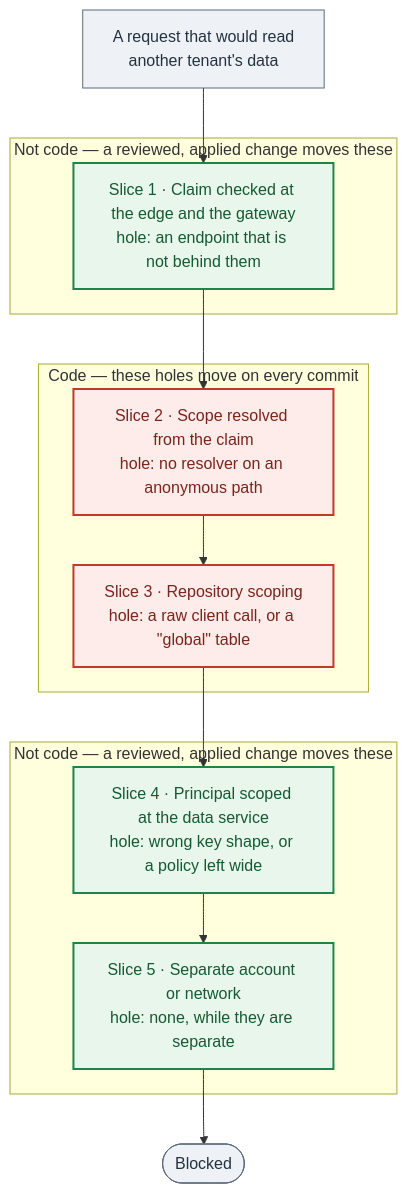
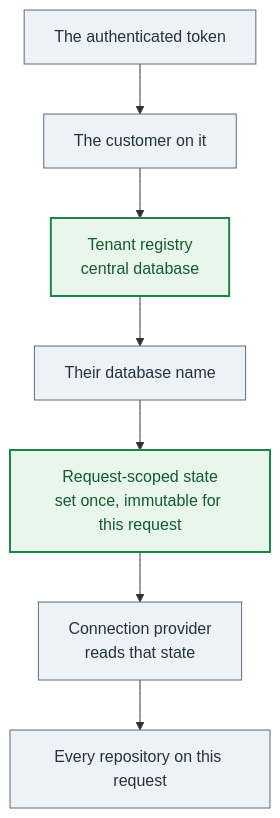
The third of 3 diagrams in docs/31-multi-tenancy.md (paulmorrishill/DecentWebArchitecture), drawn with Mermaid before and after one commit. The commit also changed other lines of this file and 2 other files, not shown here.

````diff
--- a/docs/31-multi-tenancy.md
+++ b/docs/31-multi-tenancy.md
@@ -174,25 +306,15 @@
 ```mermaid
 flowchart TD
-    R["A request that would read<br/>another tenant's data"]
-
-    subgraph INFRA1["Not code — a reviewed, applied change moves these"]
-        S1["Slice 1 · Claim checked at the edge and the gateway<br/>hole: an endpoint that is not behind them"]
-    end
-    subgraph CODE["Code — these holes move on every commit"]
-        S2["Slice 2 · Scope resolved from the claim<br/>hole: no resolver on an anonymous path"]
-        S3["Slice 3 · Repository scoping<br/>hole: a raw client call, or a &quot;global&quot; table"]
-    end
-    subgraph INFRA2["Not code — a reviewed, applied change moves these"]
-        S4["Slice 4 · Principal scoped at the data service<br/>hole: wrong key shape, or a policy left wide"]
-        S5["Slice 5 · Separate account or network<br/>hole: none, while they are separate"]
-    end
-
-    R --> S1 --> S2 --> S3 --> S4 --> S5 --> OUT(["Blocked"])
-
-    classDef code fill:#fdecea,stroke:#c0392b,stroke-width:2px,color:#7b241c;
-    classDef infra fill:#e8f6ec,stroke:#1e8449,stroke-width:2px,color:#145a32;
+    TOK["The authenticated token"]
+    CUS["The customer on it"]
+    REG["Tenant registry<br/>central database"]
+    NAME["Their database name"]
+    ST["Request-scoped state<br/>set once, immutable for this request"]
+    CP["Connection provider<br/>reads that state"]
+    REPO["Every repository on this request"]
+    TOK --> CUS --> REG --> NAME --> ST --> CP --> REPO
     classDef plain fill:#eef2f7,stroke:#5b6b7f,color:#24323f;
-    class S2,S3 code;
-    class S1,S4,S5 infra;
-    class R,OUT plain;
+    classDef key fill:#e8f6ec,stroke:#1e8449,stroke-width:2px,color:#145a32;
+    class TOK,CUS,NAME,CP,REPO plain;
+    class REG,ST key;
 ```
````
